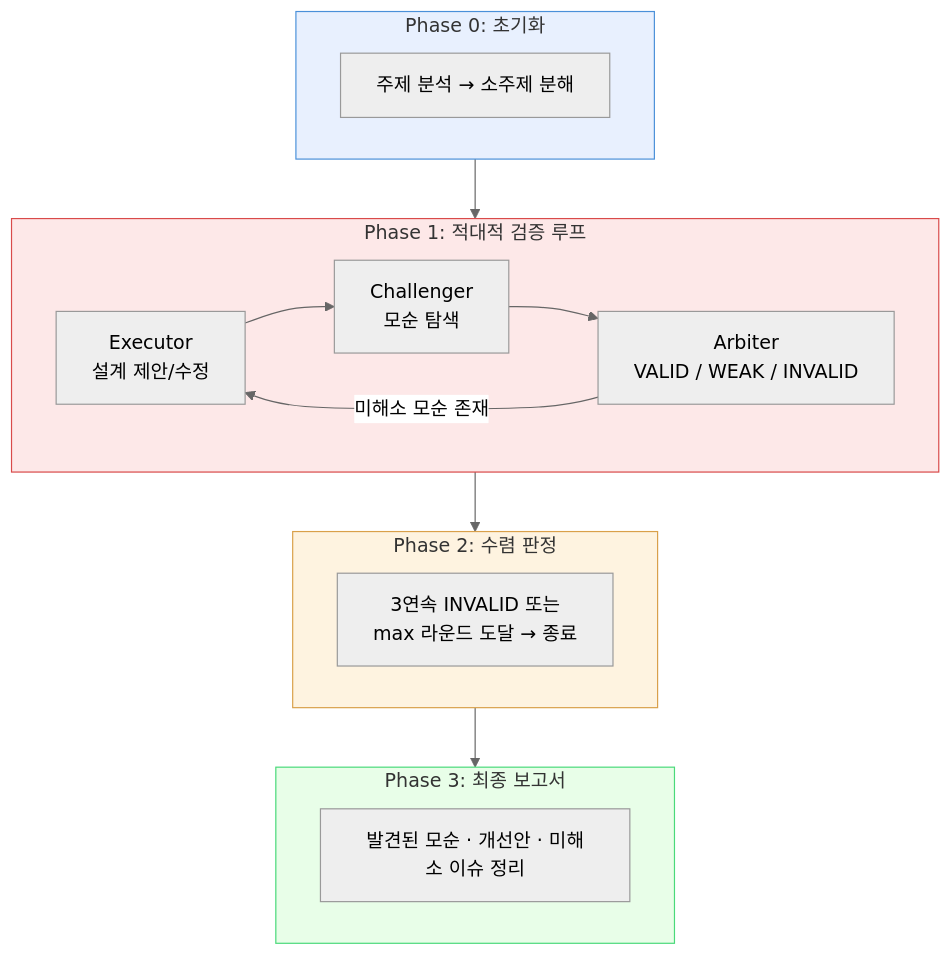
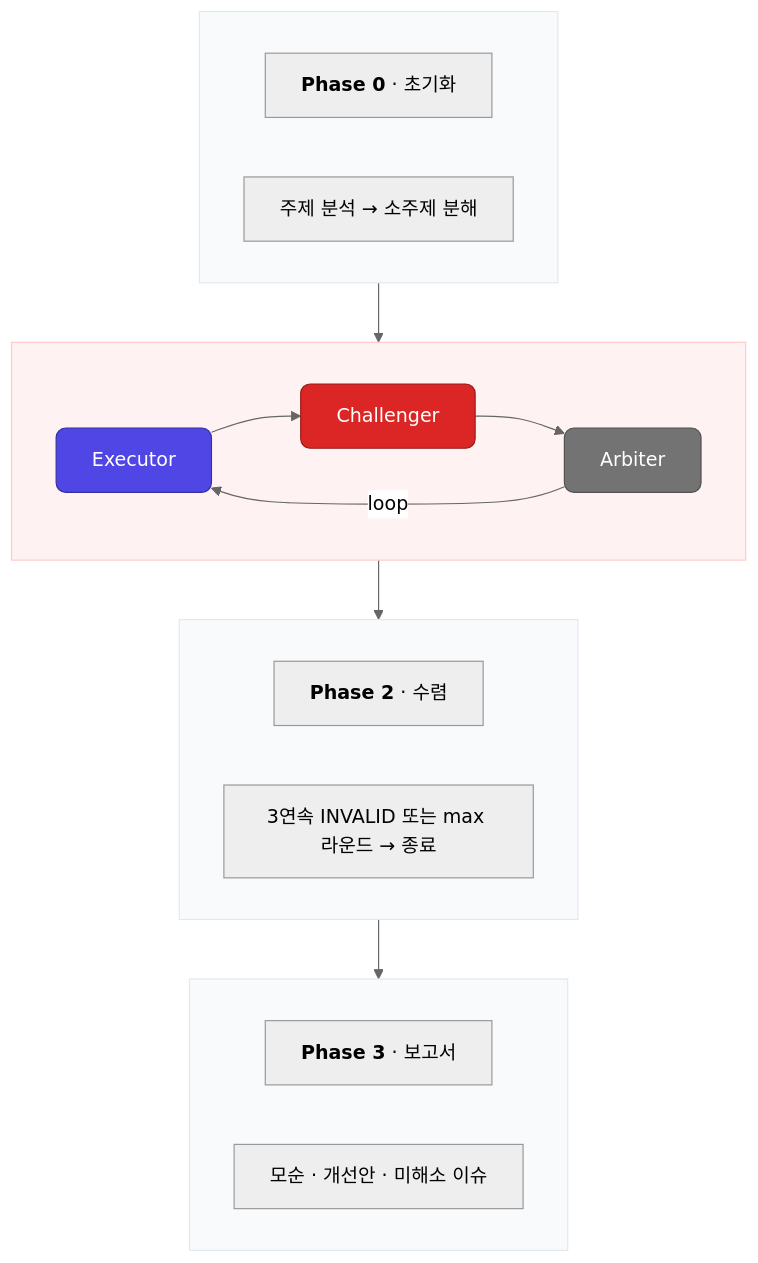
One commit to cho1124/multi-agent-adversarial-verification changed the second of 2 diagrams in README.md. Above: the diagram before and after it, drawn with Mermaid (neutral theme). The commit also changed other lines of this file and 1 other file, not shown here.

Commit message:
style: README 디자인 세련화 — 이모지 제거, 뮤트톤 팔레트, flat-square 배지
- Mermaid 노드에서 이모지 전부 제거
- 원색 → 뮤트톤 컬러 팔레트 (indigo/red/gray/green)
- 배지 flat-square + 브랜드 로고 (Anthropic, OpenAI, Google)
- Phase 다이어그램 간결화
- 링크 스타일 통일 (slate gray, 1.5px)

````diff
--- a/README.md
+++ b/README.md
@@ -51,30 +56,39 @@
 ```mermaid
 flowchart TB
-    subgraph Phase0["Phase 0: 초기화"]
-        P0["주제 분석 → 소주제 분해"]
+    subgraph P0 [" "]
+        direction LR
+        p0_title["<b>Phase 0</b> · 초기화"]
+        p0_desc["주제 분석 → 소주제 분해"]
     end
 
-    subgraph Phase1["Phase 1: 적대적 검증 루프"]
+    subgraph P1 [" "]
         direction LR
-        EX["Executor<br/>설계 제안/수정"] --> CH["Challenger<br/>모순 탐색"]
-        CH --> AR["Arbiter<br/>VALID / WEAK / INVALID"]
-        AR -->|"미해소 모순 존재"| EX
+        EX["Executor"] --> CH["Challenger"]
+        CH --> AR["Arbiter"]
+        AR -->|loop| EX
     end
 
-    subgraph Phase2["Phase 2: 수렴 판정"]
-        P2["3연속 INVALID 또는<br/>max 라운드 도달 → 종료"]
+    subgraph P2 [" "]
+        direction LR
+        p2_title["<b>Phase 2</b> · 수렴"]
+        p2_desc["3연속 INVALID 또는 max 라운드 → 종료"]
     end
 
-    subgraph Phase3["Phase 3: 최종 보고서"]
-        P3["발견된 모순 · 개선안 · 미해소 이슈 정리"]
+    subgraph P3 [" "]
+        direction LR
+        p3_title["<b>Phase 3</b> · 보고서"]
+        p3_desc["모순 · 개선안 · 미해소 이슈"]
     end
 
-    Phase0 --> Phase1
-    Phase1 --> Phase2
-    Phase2 --> Phase3
+    P0 --> P1
+    P1 --> P2
+    P2 --> P3
 
-    style Phase0 fill:#E8F0FE,stroke:#4A90D9
-    style Phase1 fill:#FDE8E8,stroke:#D94A4A
-    style Phase2 fill:#FEF3E0,stroke:#D9A04A
-    style Phase3 fill:#E8FEE8,stroke:#4AD97A
+    style P0 fill:#f8fafc,stroke:#e2e8f0,color:#334155
+    style P1 fill:#fef2f2,stroke:#fecaca,color:#334155
+    style P2 fill:#f8fafc,stroke:#e2e8f0,color:#334155
+    style P3 fill:#f8fafc,stroke:#e2e8f0,color:#334155
+    style EX fill:#4f46e5,stroke:#3730a3,color:#fff,rx:8
+    style CH fill:#dc2626,stroke:#991b1b,color:#fff,rx:8
+    style AR fill:#737373,stroke:#525252,color:#fff,rx:8
 ```
````
